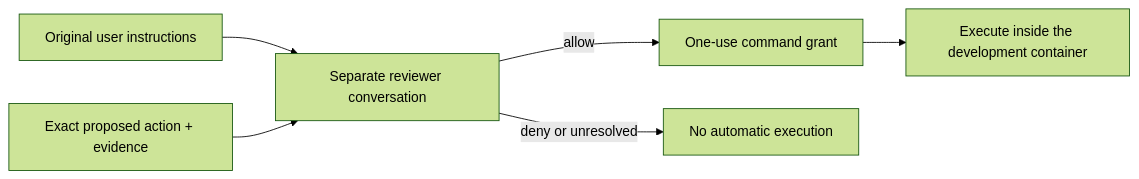
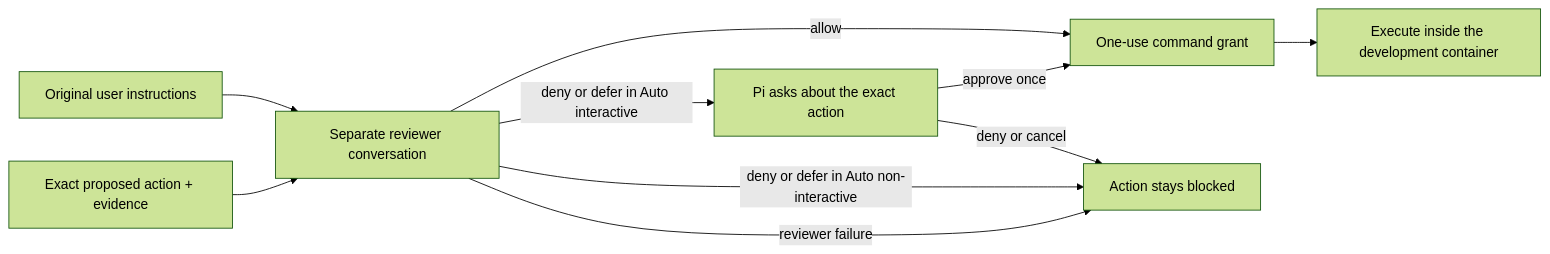
Before and after one commit to kyuz0/ai-sandbox-factory: the diagram in docs/approvals.md, drawn with Mermaid (forest theme). The commit also changed other lines of this file and 19 other files, not shown here.

````diff
--- a/docs/approvals.md
+++ b/docs/approvals.md
@@ -8,8 +8,12 @@
 ```mermaid
 flowchart LR
     USER[Original user instructions] --> REVIEW[Separate reviewer conversation]
     ACTION[Exact proposed action + evidence] --> REVIEW
     REVIEW -->|allow| GRANT[One-use command grant]
-    REVIEW -->|deny or unresolved| STOP[No automatic execution]
+    REVIEW -->|deny or defer in Auto interactive| ASK[Pi asks about the exact action]
+    ASK -->|approve once| GRANT
+    ASK -->|deny or cancel| STOP[Action stays blocked]
+    REVIEW -->|deny or defer in Auto non-interactive| STOP
+    REVIEW -->|reviewer failure| STOP
     GRANT --> RUN[Execute inside the development container]
 ```
````
